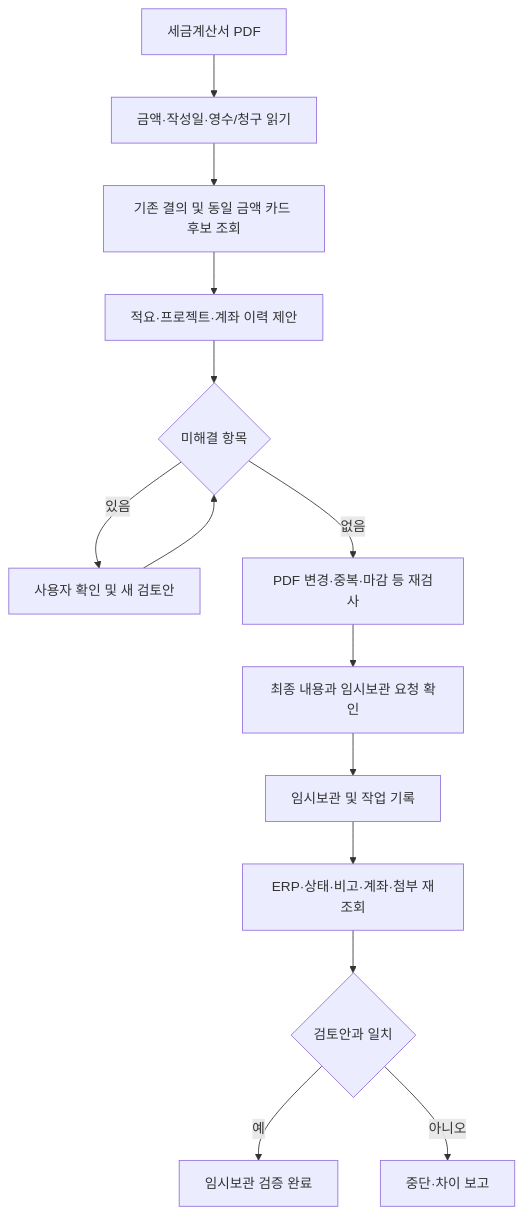
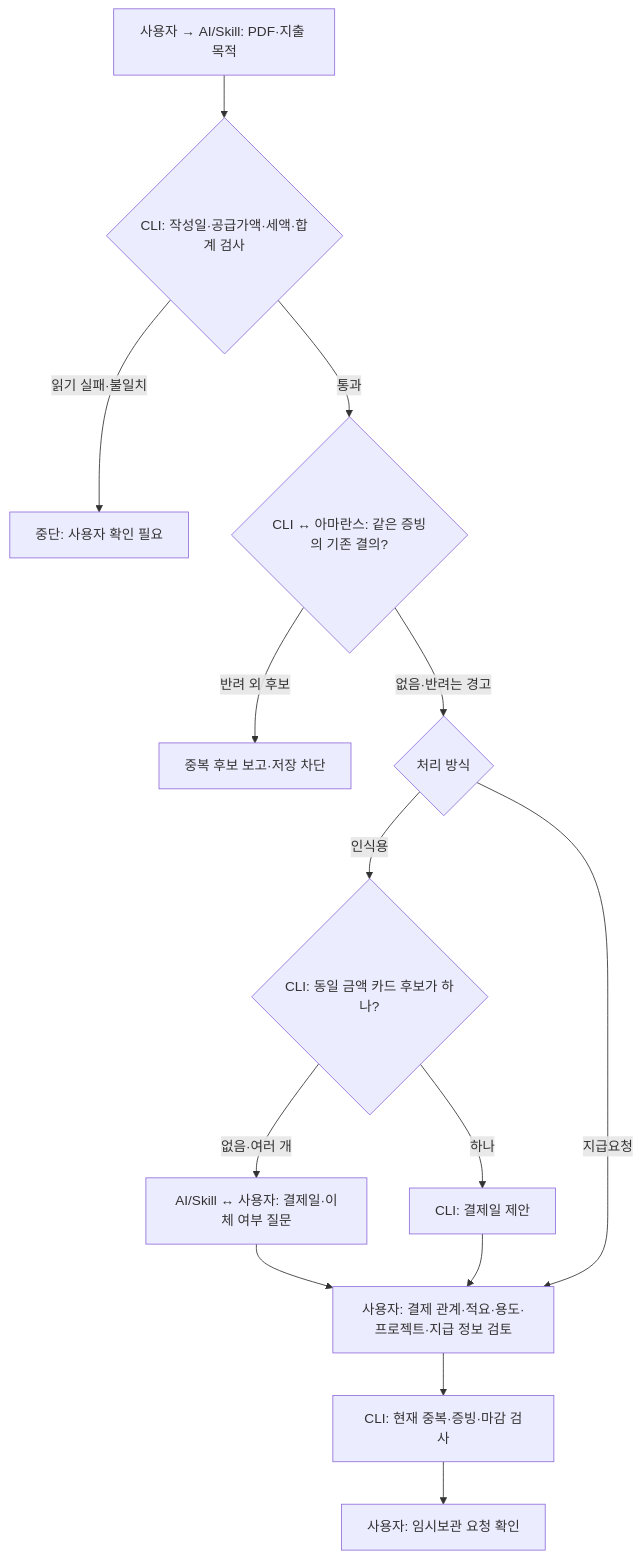
One commit to merryAI-dev/merryAI-dev.github.io changed the diagram in assets/images/diagrams/jichool/02-tax-loop.mmd. Above: the diagram before and after it, drawn with Mermaid. The commit also changed 9 other files, not shown here.

Commit message:
Deepen expense articles with domain decisions and branching flows

```diff
--- a/assets/images/diagrams/jichool/02-tax-loop.mmd
+++ b/assets/images/diagrams/jichool/02-tax-loop.mmd
@@ -1,14 +1,14 @@
 flowchart TD
- A[세금계산서 PDF] --> B[금액·작성일·영수/청구 읽기]
- B --> C[기존 결의 및 동일 금액 카드 후보 조회]
- C --> D[적요·프로젝트·계좌 이력 제안]
- D --> E{미해결 항목}
- E -->|있음| F[사용자 확인 및 새 검토안]
- F --> E
- E -->|없음| G[PDF 변경·중복·마감 등 재검사]
- G --> H[최종 내용과 임시보관 요청 확인]
- H --> I[임시보관 및 작업 기록]
- I --> J[ERP·상태·비고·계좌·첨부 재조회]
- J --> K{검토안과 일치}
- K -->|예| L[임시보관 검증 완료]
- K -->|아니오| M[중단·차이 보고]
+ A["사용자 → AI/Skill: PDF·지출 목적"] --> B{"CLI: 작성일·공급가액·세액·합계 검사"}
+ B -->|읽기 실패·불일치| X["중단: 사용자 확인 필요"]
+ B -->|통과| C{"CLI ↔ 아마란스: 같은 증빙의 기존 결의?"}
+ C -->|반려 외 후보| Y["중복 후보 보고·저장 차단"]
+ C -->|없음·반려는 경고| M{"처리 방식"}
+ M -->|인식용| D{"CLI: 동일 금액 카드 후보가 하나?"}
+ D -->|없음·여러 개| E["AI/Skill ↔ 사용자: 결제일·이체 여부 질문"]
+ D -->|하나| P["CLI: 결제일 제안"]
+ E --> F["사용자: 결제 관계·적요·용도·프로젝트·지급 정보 검토"]
+ P --> F
+ M -->|지급요청| F
+ F --> G["CLI: 현재 중복·증빙·마감 검사"]
+ G --> H["사용자: 임시보관 요청 확인"]
```
